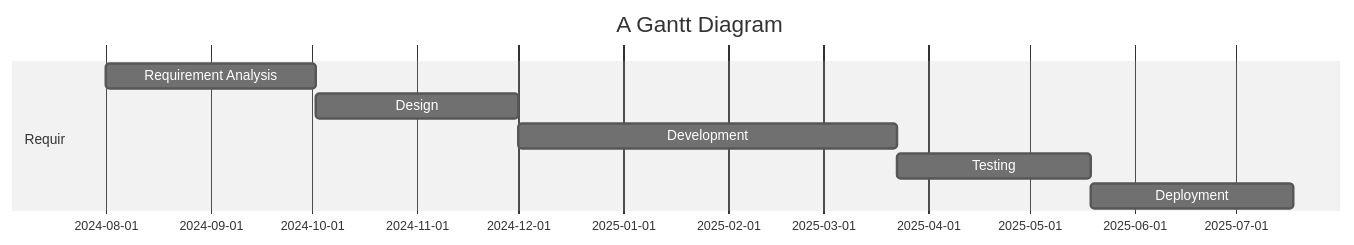
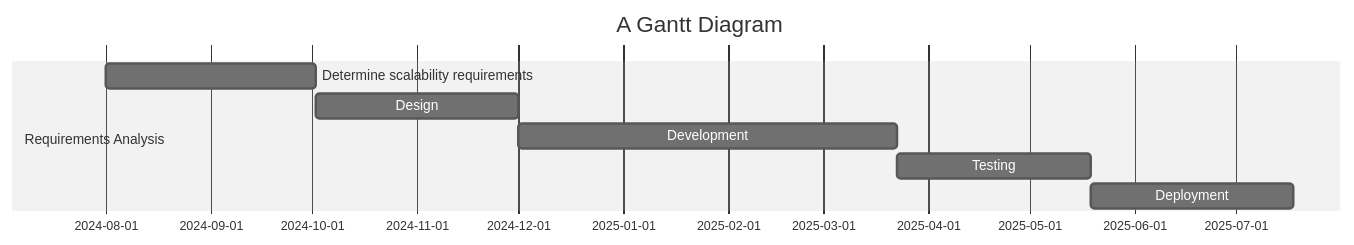
The diagram in all/Code Gantt Chart.md (sayshelley/iodraw-files), drawn with Mermaid (neutral theme) before and after one commit.

Commit message:
2024-10-04 22:30:19 update

````diff
--- a/all/Code Gantt Chart.md
+++ b/all/Code Gantt Chart.md
@@ -1,15 +1,15 @@
 ```mermaid
 gantt
     title A Gantt Diagram
     dateFormat  YYYY-MM-DD
-    section Requir
-    Requirement Analysis        :a1, 2024-08-01, 62d
+    section Requirements Analysis
+    Determine scalability requirements :a1, 2024-08-01, 62d
     Design :a2, after a1, 60d
     Development: a3, after a2, 112d
     Testing: a4, after a3, 57d
     Deployment : a5, after a4, 60d
     
 
 
    
 ```
````
